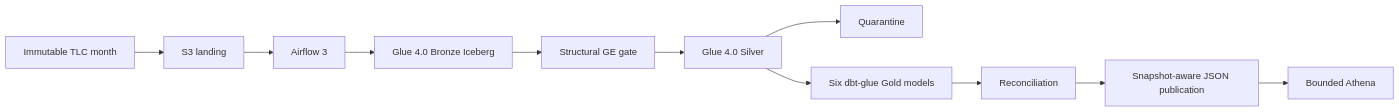
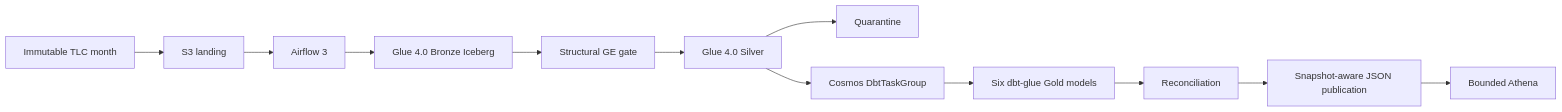
The diagram in docs/ARCHITECTURE.md (mtoanng/Spark-Iceberg-Redshift-Lakehouse), drawn with Mermaid before and after one commit. The commit also changed other lines of this file and 14 other files, not shown here.

````diff
--- a/docs/ARCHITECTURE.md
+++ b/docs/ARCHITECTURE.md
@@ -3,13 +3,14 @@
 ```mermaid
 flowchart LR
   TLC[Immutable TLC month] --> S3[S3 landing]
   S3 --> AF[Airflow 3]
   AF --> B[Glue 4.0 Bronze Iceberg]
   B --> GE[Structural GE gate]
   GE --> S[Glue 4.0 Silver]
   S --> Q[Quarantine]
-  S --> G[Six dbt-glue Gold models]
+  S --> C[Cosmos DbtTaskGroup]
+  C --> G[Six dbt-glue Gold models]
   G --> R[Reconciliation]
   R --> P[Snapshot-aware JSON publication]
   P --> A[Bounded Athena]
 ```
````
